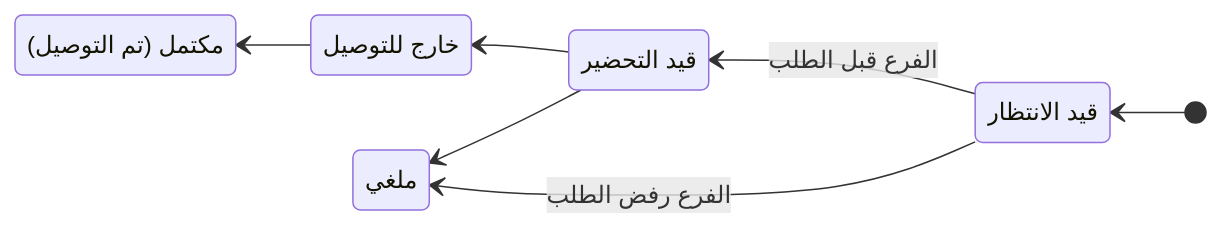
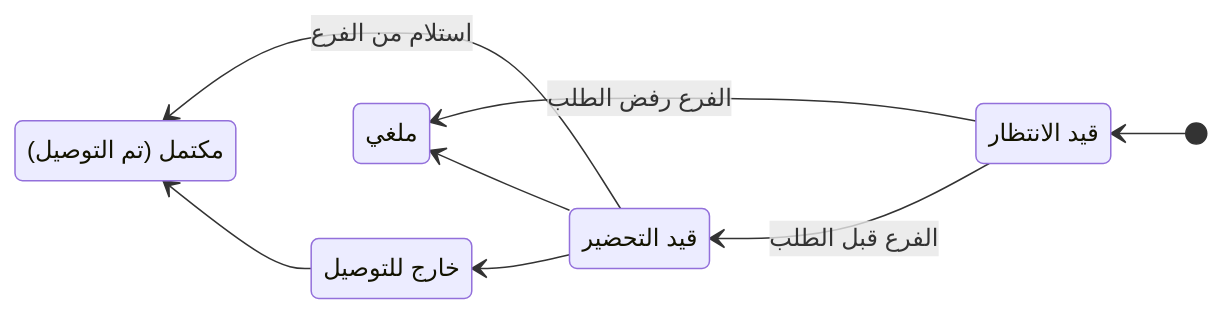
Before and after one commit to habibGamal/turbo_tenant: the diagram in docs/ar/orders.md, drawn with Mermaid. The commit also changed other lines of this file and 10 other files, not shown here.

````diff
--- a/docs/ar/orders.md
+++ b/docs/ar/orders.md
@@ -18,15 +18,16 @@
 ```mermaid
 stateDiagram-v2
   direction RL
   state "قيد الانتظار" as p
   state "قيد التحضير" as pr
   state "خارج للتوصيل" as o
   state "مكتمل (تم التوصيل)" as c
   state "ملغي" as x
   [*] --> p
   p --> pr : الفرع قبل الطلب
   p --> x : الفرع رفض الطلب
   pr --> o
   pr --> x
+  pr --> c : استلام من الفرع
   o --> c
 ```
````
